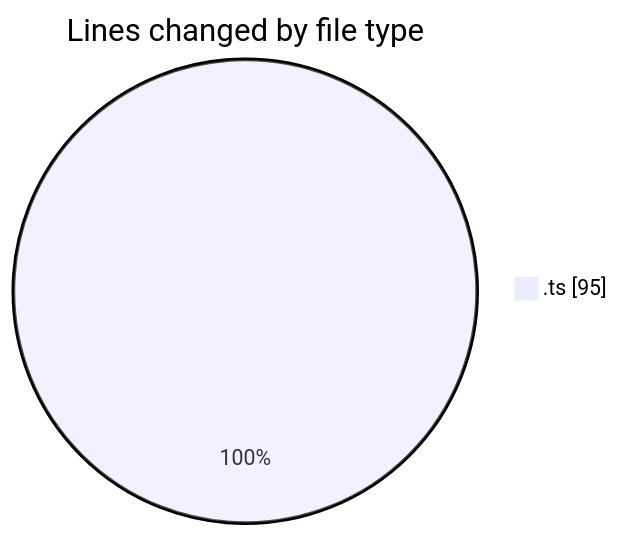
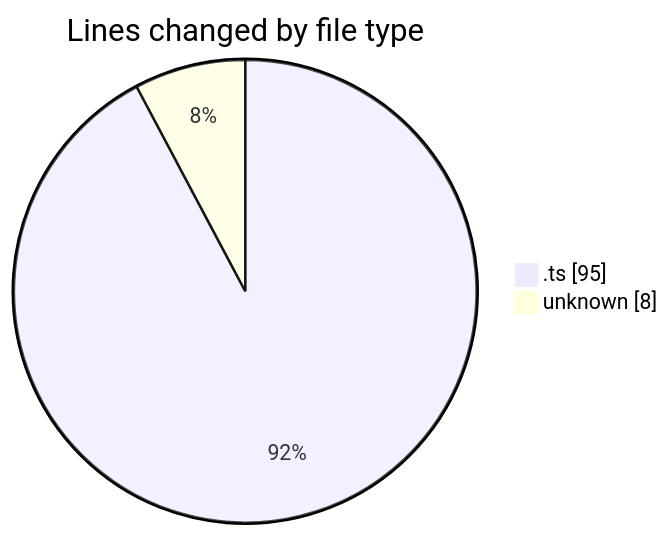
Before and after one commit to mevix1/code-tracking: the first of 2 diagrams in 2025-10-01/oura-api/README.md, drawn with Mermaid. The commit also changed other lines of this file and 1 other file, not shown here.

````diff
--- a/2025-10-01/oura-api/README.md
+++ b/2025-10-01/oura-api/README.md
@@ -20,5 +21,6 @@
 ```mermaid
 pie showData
 title Lines changed by file type
 ".ts" : 95
+"unknown" : 8
 ```
````
